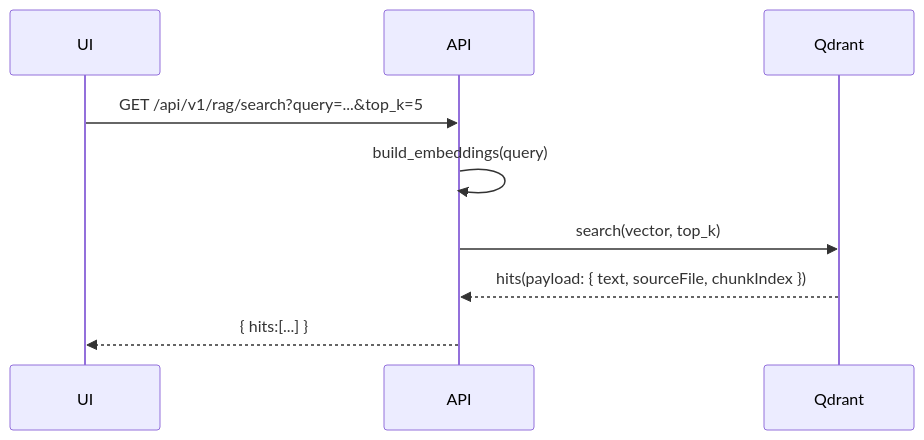
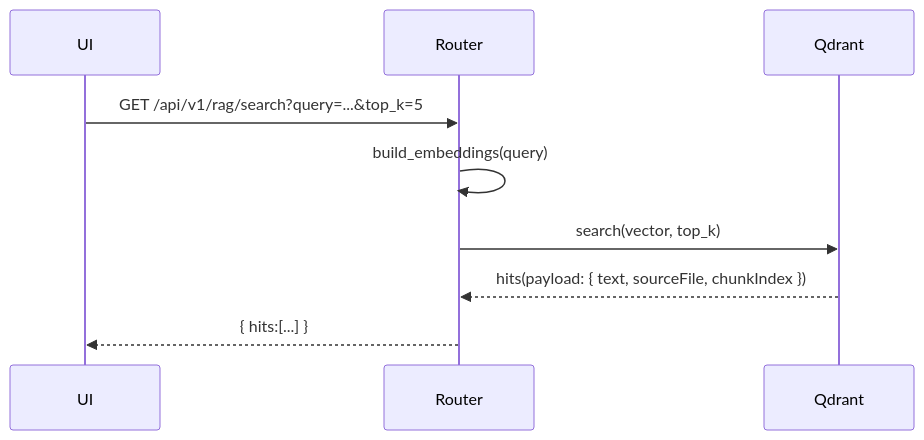
The fifth of 9 diagrams in docs/architecture/FEATURES_AND_STACKS.md (Flissel/-req-orchestrator), drawn with Mermaid before and after one commit. The commit also changed other lines of this file and 128 other files, not shown here.

````diff
--- a/docs/architecture/FEATURES_AND_STACKS.md
+++ b/docs/architecture/FEATURES_AND_STACKS.md
@@ -112,12 +119,12 @@
 ```mermaid
 sequenceDiagram
   participant UI
-  participant API
+  participant Router
   participant Qdrant
 
-  UI->>API: GET /api/v1/rag/search?query=...&top_k=5
-  API->>API: build_embeddings(query)
-  API->>Qdrant: search(vector, top_k)
-  Qdrant-->>API: hits(payload: { text, sourceFile, chunkIndex })
-  API-->>UI: { hits:[...] }
+  UI->>Router: GET /api/v1/rag/search?query=...&top_k=5
+  Router->>Router: build_embeddings(query)
+  Router->>Qdrant: search(vector, top_k)
+  Qdrant-->>Router: hits(payload: { text, sourceFile, chunkIndex })
+  Router-->>UI: { hits:[...] }
 ```
````
